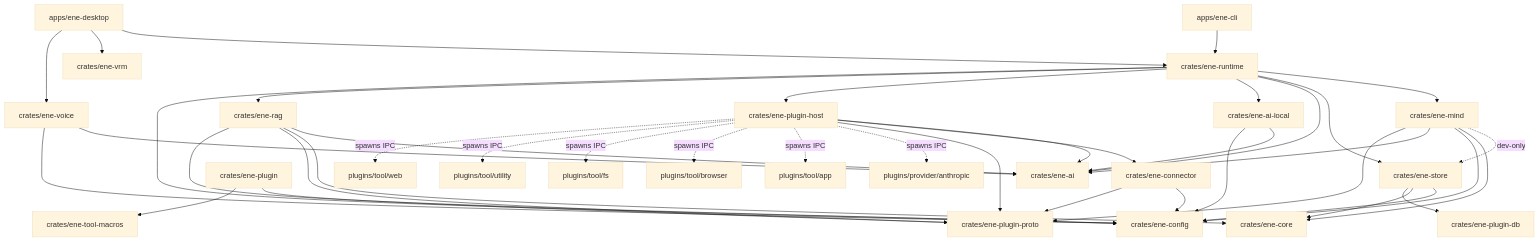
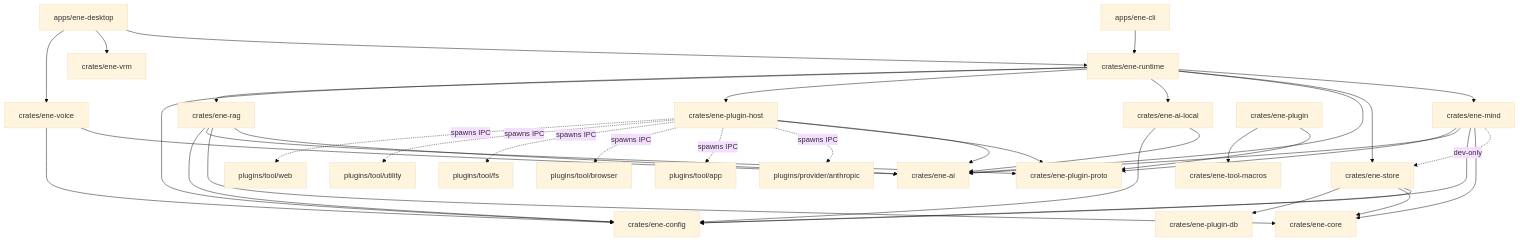
Before and after one commit to pexisgle/ene: the diagram in docs/architecture.md, drawn with Mermaid (base theme). The commit also changed other lines of this file and 24 other files, not shown here.

First line of the commit message:
fix(plugin-host): MCP connector URL validation and dead layer removal (#453)

````diff
--- a/docs/architecture.md
+++ b/docs/architecture.md
@@ -22,53 +22,49 @@
 ```mermaid
 flowchart TD
   Desktop[apps/ene-desktop] --> Runtime[crates/ene-runtime]
   Desktop --> Vrm[crates/ene-vrm]
   Desktop --> Voice[crates/ene-voice]
   CLI[apps/ene-cli] --> Runtime
 
   Runtime --> Mind[crates/ene-mind]
   Runtime --> Store[crates/ene-store]
   Runtime --> Ai[crates/ene-ai]
   Runtime --> AiLocal[crates/ene-ai-local]
   Runtime --> ToolHost[crates/ene-plugin-host]
   Runtime --> Rag[crates/ene-rag]
   Runtime --> Config[crates/ene-config]
 
   Mind -.dev-only.-> Store
   Mind --> Core[crates/ene-core]
   Mind --> Config
   Mind --> Ai
   Mind --> Proto[crates/ene-plugin-proto]
 
   ToolHost --> Ai
-  ToolHost --> Connector[crates/ene-connector]
   ToolHost --> Proto
-
-  Connector --> Config
-  Connector --> Proto
 
   AiLocal --> Ai
   AiLocal --> Config
 
   Voice --> Ai
   Voice --> Config
 
   Rag --> Ai
   Rag --> Core
   Rag --> Proto
   Rag --> Config
 
   Store --> Config
   Store --> Core
   Store --> PluginDb[crates/ene-plugin-db]
 
   Tool[crates/ene-plugin] --> Proto
   Tool --> Macros[crates/ene-tool-macros]
 
   ToolHost -.spawns IPC.-> Anthropic[plugins/provider/anthropic]
   ToolHost -.spawns IPC.-> ToolApp[plugins/tool/app]
   ToolHost -.spawns IPC.-> ToolBrowser[plugins/tool/browser]
   ToolHost -.spawns IPC.-> ToolFs[plugins/tool/fs]
   ToolHost -.spawns IPC.-> ToolUtil[plugins/tool/utility]
   ToolHost -.spawns IPC.-> ToolWeb[plugins/tool/web]
 ```
````
